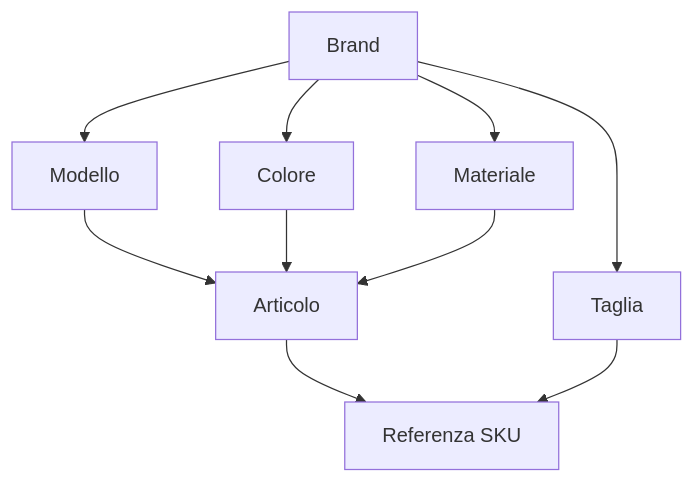
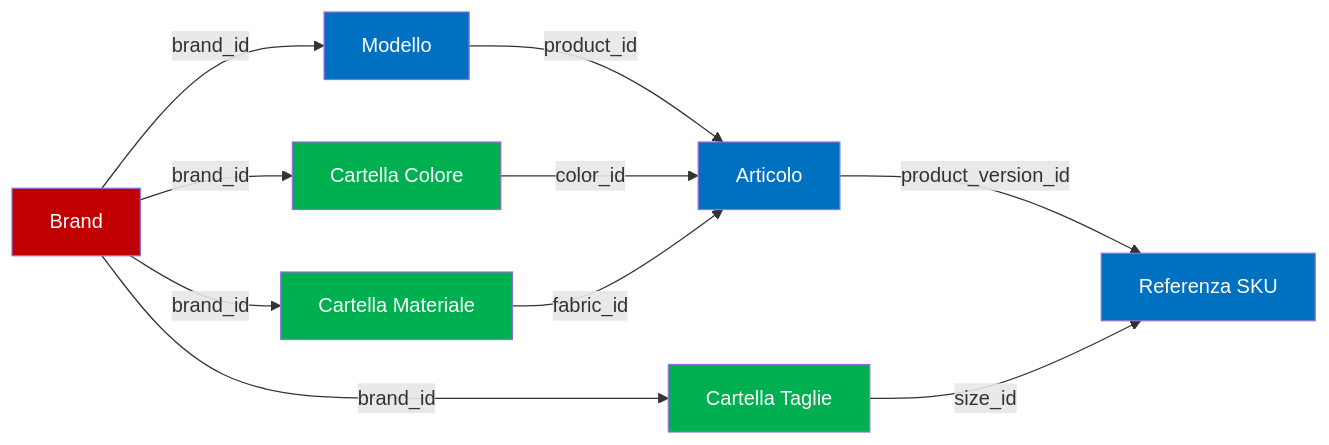
Before and after one commit to phoenixweb/Crystal: the first of 6 diagrams in how_to/import_products.md, drawn with Mermaid. The commit also changed other lines of this file, not shown here.

Commit message:
update: riscritti i flowchart

````diff
--- a/how_to/import_products.md
+++ b/how_to/import_products.md
@@ -6,12 +6,22 @@
 ```mermaid
-graph TD;
- A[Brand]-->B[Modello];
- A-->C[Colore];
- A-->D[Materiale];
- B-->E[Articolo];
- C-->E;
- D-->E;
- A-->F[Taglia];
- E-->G[Referenza SKU];
- F-->G;
+graph LR;
+ A[Brand]:::brand;
+ B[Modello]:::product;
+ C[Cartella Colore]:::attribute;
+ D[Cartella Materiale]:::attribute;
+ E[Articolo]:::product;
+ F[Cartella Taglie]:::attribute;
+ G[Referenza SKU]:::product;
+ A-->|brand_id|B;
+ A-->|brand_id|C;
+ A-->|brand_id|D;
+ B-->|product_id|E;
+ C-->|color_id|E;
+ D-->|fabric_id|E;
+ A-->|brand_id|F;
+ E-->|product_version_id|G;
+ F-->|size_id|G;
+ classDef brand fill:#C00000,color:#FFF;
+ classDef attribute fill:#00B050,color:#FFF;
+ classDef product fill:#0070C0,color:#FFF;
 ```
````
